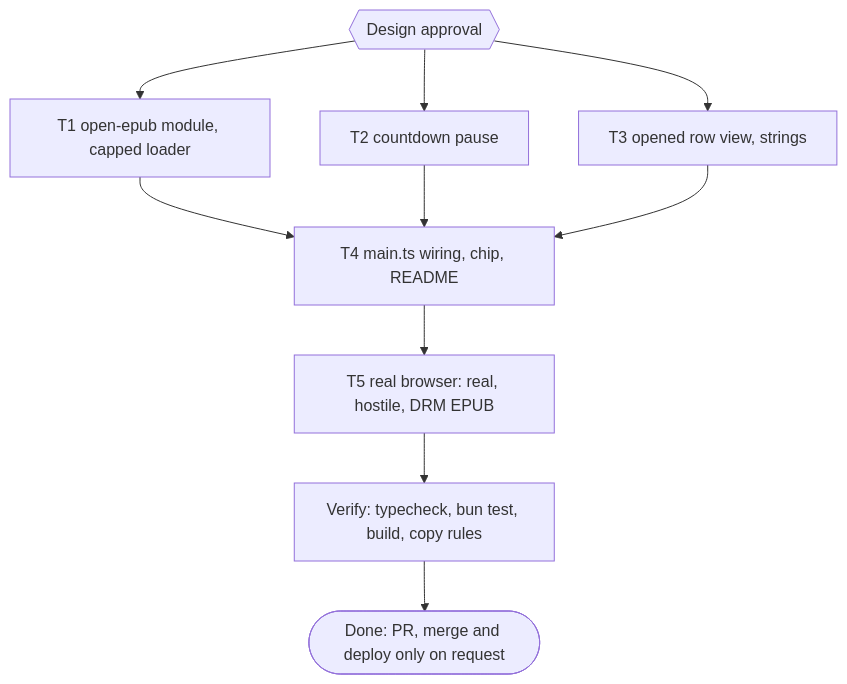
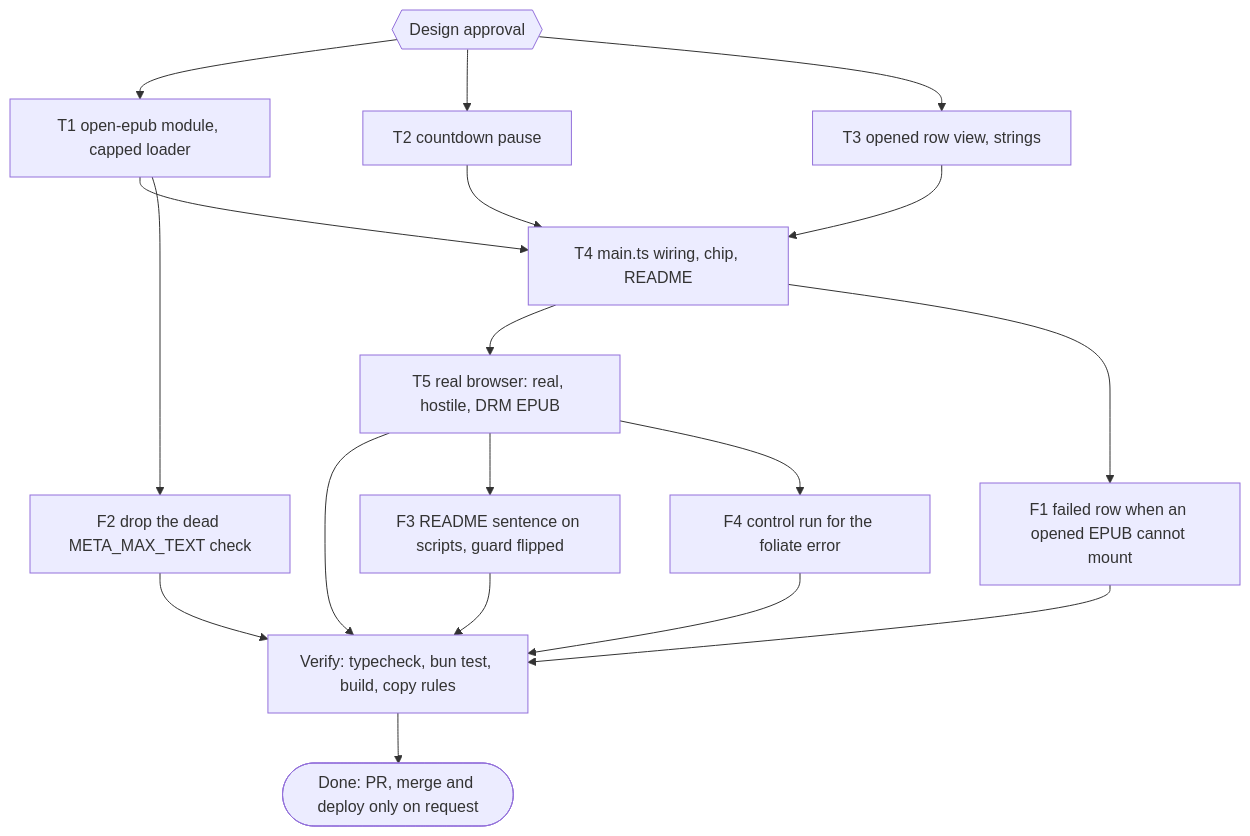
One commit to belajarcarabelajar/pubmy changed the first of 2 diagrams in docs/code-plan/plans/2026-11-09-pubmy-epub-opener.md. Above: the diagram before and after it, drawn with Mermaid. The commit also changed other lines of this file, not shown here.

Commit message:
docs: record the debt sweep follow-ups F1 to F4 and the closeout status in the plan

````diff
--- a/docs/code-plan/plans/2026-11-09-pubmy-epub-opener.md
+++ b/docs/code-plan/plans/2026-11-09-pubmy-epub-opener.md
@@ -114,14 +142,22 @@
 ```mermaid
 flowchart TD
     accTitle: pubmy EPUB opener task map
-    accDescr: The EPUB check module (T1), the countdown pause (T2) and the opened-row view with its strings (T3) are independent. The main.ts wiring (T4) needs all three. A real browser check (T5) follows, then the full verification and the pull request.
+    accDescr: The EPUB check module (T1), the countdown pause (T2) and the opened-row view with its strings (T3) are independent. The main.ts wiring (T4) needs all three. A real browser check (T5) follows, then the full verification and the pull request. Four follow-ups chosen in the debt sweep (F1 to F4) hang off T4, T1 and T5.
     G0{{"Design approval"}} --> T1["T1 open-epub module, capped loader"]
     G0 --> T2["T2 countdown pause"]
     G0 --> T3["T3 opened row view, strings"]
     T1 --> T4["T4 main.ts wiring, chip, README"]
     T2 --> T4
     T3 --> T4
     T4 --> T5["T5 real browser: real, hostile, DRM EPUB"]
     T5 --> V["Verify: typecheck, bun test, build, copy rules"]
+    T4 --> F1["F1 failed row when an opened EPUB cannot mount"]
+    T1 --> F2["F2 drop the dead META_MAX_TEXT check"]
+    T5 --> F3["F3 README sentence on scripts, guard flipped"]
+    T5 --> F4["F4 control run for the foliate error"]
+    F1 --> V
+    F2 --> V
+    F3 --> V
+    F4 --> V
     V --> D(["Done: PR, merge and deploy only on request"])
 ```
````
